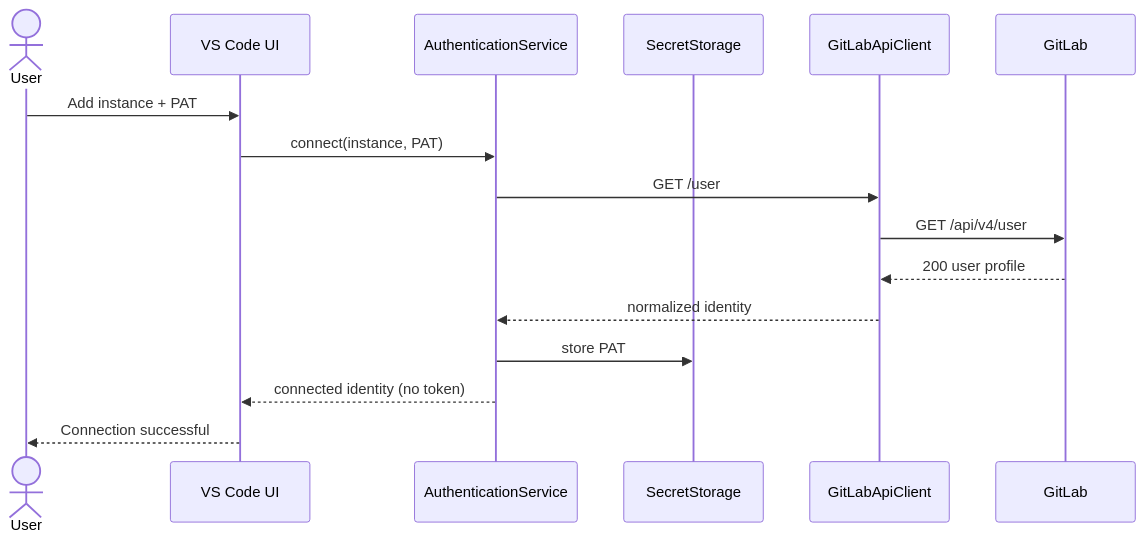
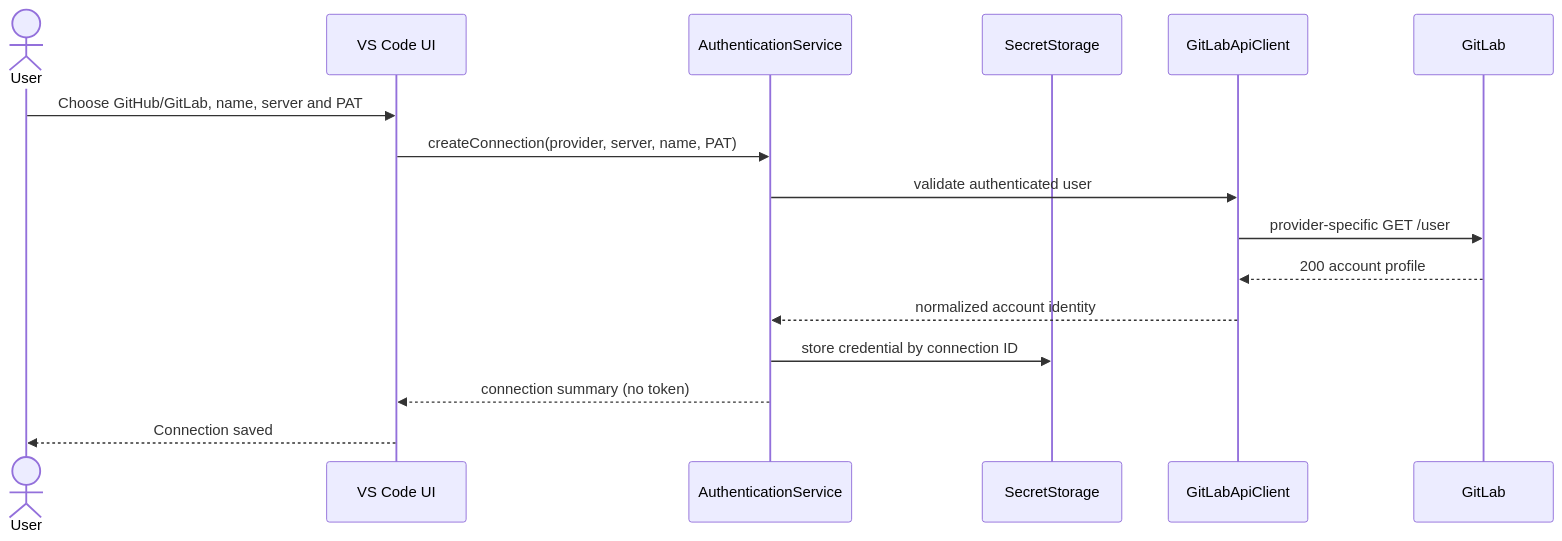
The second of 5 diagrams in docs/SDS.md (minh-lb/vscode-reviewdock), drawn with Mermaid before and after one commit. The commit also changed other lines of this file, not shown here.

Commit message:
docs: design multi-provider connection architecture

```diff
--- a/docs/SDS.md
+++ b/docs/SDS.md
@@ -418,19 +399,19 @@
 ~~~mermaid
 sequenceDiagram
   actor User
   participant UI as VS Code UI
   participant Auth as AuthenticationService
   participant Secret as SecretStorage
   participant API as GitLabApiClient
   participant GL as GitLab
 
-  User->>UI: Add instance + PAT
-  UI->>Auth: connect(instance, PAT)
-  Auth->>API: GET /user
-  API->>GL: GET /api/v4/user
-  GL-->>API: 200 user profile
-  API-->>Auth: normalized identity
-  Auth->>Secret: store PAT
-  Auth-->>UI: connected identity (no token)
-  UI-->>User: Connection successful
+  User->>UI: Choose GitHub/GitLab, name, server and PAT
+  UI->>Auth: createConnection(provider, server, name, PAT)
+  Auth->>API: validate authenticated user
+  API->>GL: provider-specific GET /user
+  GL-->>API: 200 account profile
+  API-->>Auth: normalized account identity
+  Auth->>Secret: store credential by connection ID
+  Auth-->>UI: connection summary (no token)
+  UI-->>User: Connection saved
 ~~~
```
